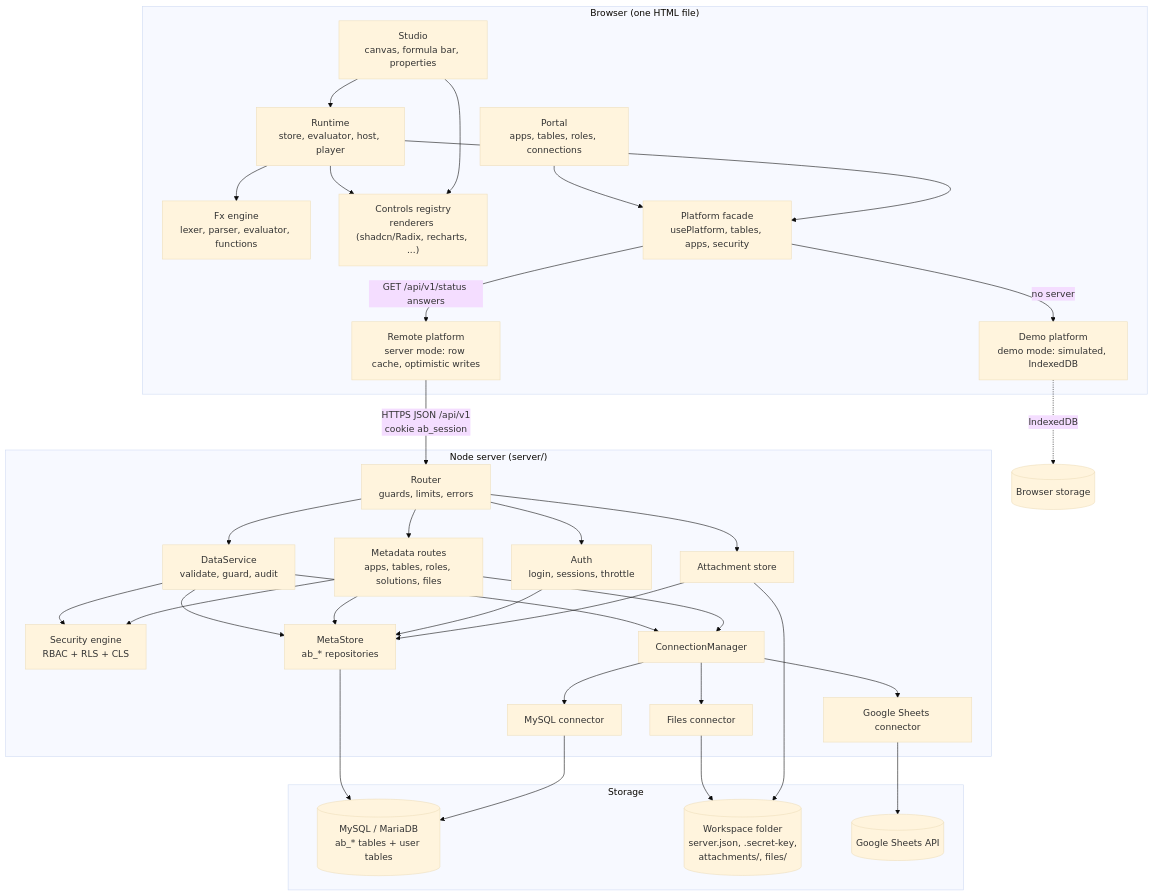
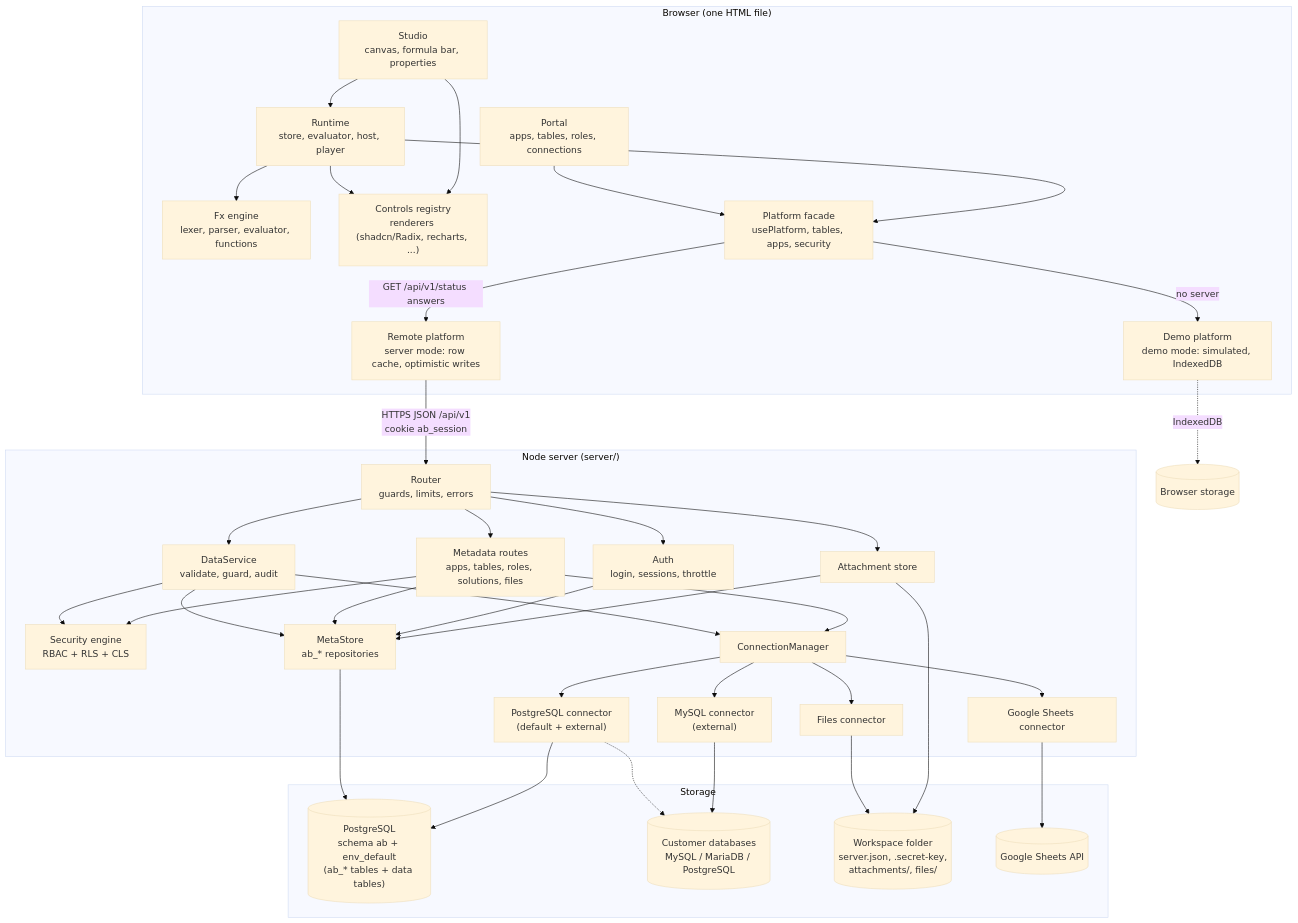
One commit to kameshji/Appbuilder-Demo changed the diagram in docs/dev/architecture.md. Above: the diagram before and after it, drawn with Mermaid (base theme). The commit also changed other lines of this file and 165 other files, not shown here.

First line of the commit message:
P0-A/B: PostgreSQL system store and default connection (schemas ab + env_default, transactional DDL, postgres connector, setup scripts, CI); shared formula engine with per-instance user functions; formula-to-query translator and Query v2 plan

````diff
--- a/docs/dev/architecture.md
+++ b/docs/dev/architecture.md
@@ -20,64 +22,69 @@
 ```mermaid
 flowchart TB
   subgraph Browser["Browser (one HTML file)"]
     Portal["Portal<br/>apps, tables, roles, connections"]
     Studio["Studio<br/>canvas, formula bar, properties"]
     Runtime["Runtime<br/>store, evaluator, host, player"]
     Fx["Fx engine<br/>lexer, parser, evaluator, functions"]
     Controls["Controls registry<br/>renderers (shadcn/Radix, recharts, ...)"]
     Facade["Platform facade<br/>usePlatform, tables, apps, security"]
     Remote["Remote platform<br/>server mode: row cache, optimistic writes"]
     Demo["Demo platform<br/>demo mode: simulated, IndexedDB"]
     Portal --> Facade
     Studio --> Runtime
     Runtime --> Fx
     Runtime --> Controls
     Runtime --> Facade
     Studio --> Controls
     Facade -->|"GET /api/v1/status answers"| Remote
     Facade -->|"no server"| Demo
   end
 
   subgraph Server["Node server (server/)"]
     Router["Router<br/>guards, limits, errors"]
     Auth["Auth<br/>login, sessions, throttle"]
     Sec["Security engine<br/>RBAC + RLS + CLS"]
     Data["DataService<br/>validate, guard, audit"]
     Meta["MetaStore<br/>ab_* repositories"]
     Conn["ConnectionManager"]
-    MySQLc["MySQL connector"]
+    PGc["PostgreSQL connector<br/>(default + external)"]
+    MySQLc["MySQL connector<br/>(external)"]
     Filesc["Files connector"]
     Gsc["Google Sheets connector"]
     Att["Attachment store"]
     Routes["Metadata routes<br/>apps, tables, roles, solutions, files"]
     Router --> Auth
     Router --> Data
     Router --> Routes
     Router --> Att
     Data --> Sec
     Data --> Conn
     Data --> Meta
     Routes --> Meta
     Routes --> Sec
     Routes --> Conn
     Auth --> Meta
+    Conn --> PGc
     Conn --> MySQLc
     Conn --> Filesc
     Conn --> Gsc
     Att --> Meta
   end
 
   subgraph Storage["Storage"]
-    DB[("MySQL / MariaDB<br/>ab_* tables + user tables")]
+    DB[("PostgreSQL<br/>schema ab + env_default<br/>(ab_* tables + data tables)")]
+    ExtDB[("Customer databases<br/>MySQL / MariaDB / PostgreSQL")]
     WS[("Workspace folder<br/>server.json, .secret-key,<br/>attachments/, files/")]
     Google[("Google Sheets API")]
   end
 
   Remote -->|"HTTPS JSON /api/v1<br/>cookie ab_session"| Router
   Meta --> DB
-  MySQLc --> DB
+  PGc --> DB
+  PGc -.-> ExtDB
+  MySQLc --> ExtDB
   Filesc --> WS
   Att --> WS
   Gsc --> Google
   Demo -.->|"IndexedDB"| BrowserStore[("Browser storage")]
 ```
````
